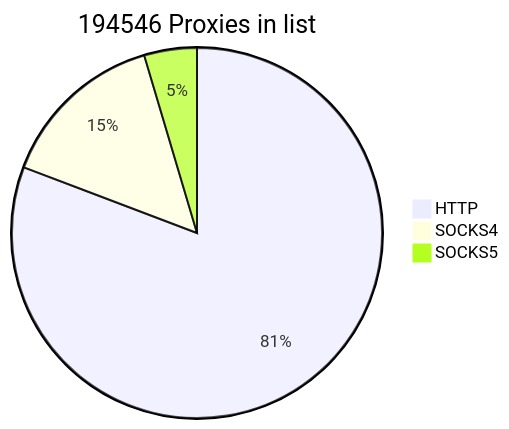
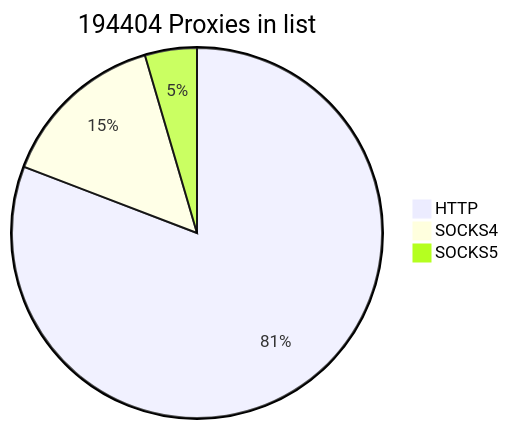
The first of 2 diagrams in README.md (cutipu/proxylist), drawn with Mermaid before and after one commit. The commit also changed other lines of this file, not shown here.

````diff
--- a/README.md
+++ b/README.md
@@ -2,7 +2,7 @@
 ```mermaid
-pie title 194546 Proxies in list
-    "HTTP" : 157126
-    "SOCKS4" : 28478
-    "SOCKS5" : 8942
+pie title 194404 Proxies in list
+    "HTTP" : 157113
+    "SOCKS4" : 28475
+    "SOCKS5" : 8816
             
 ```
````
